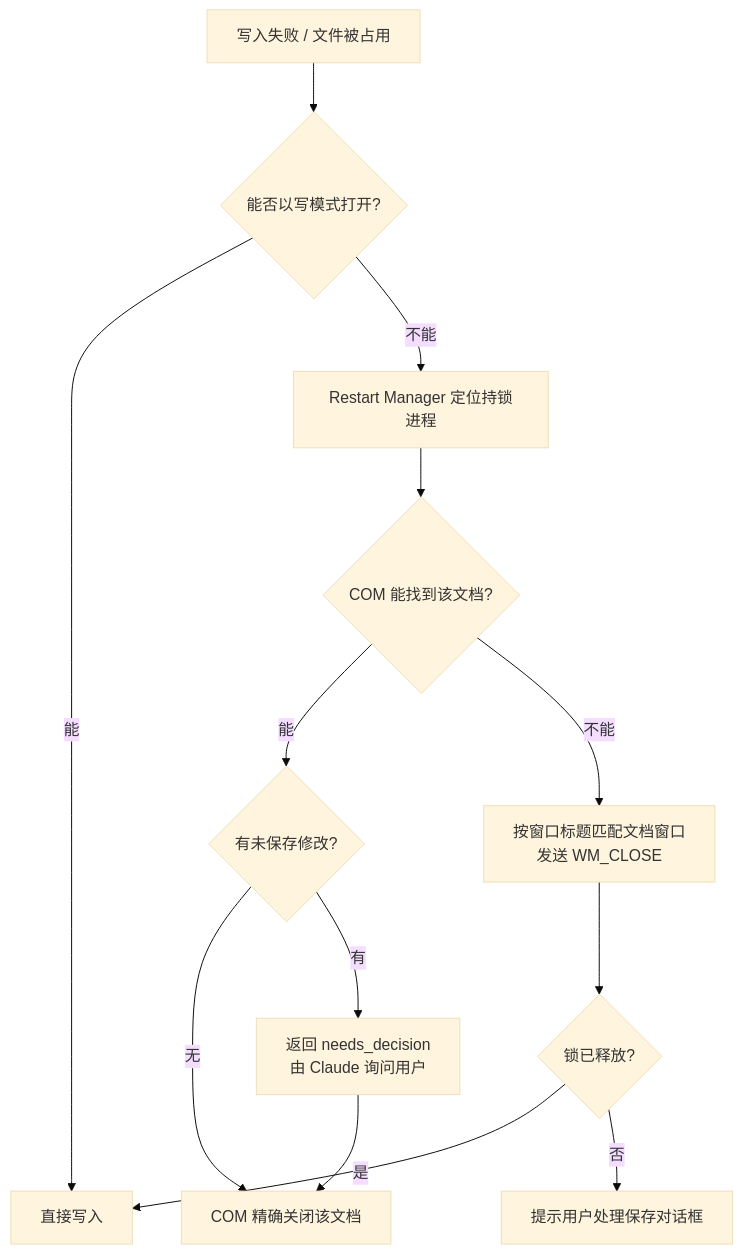
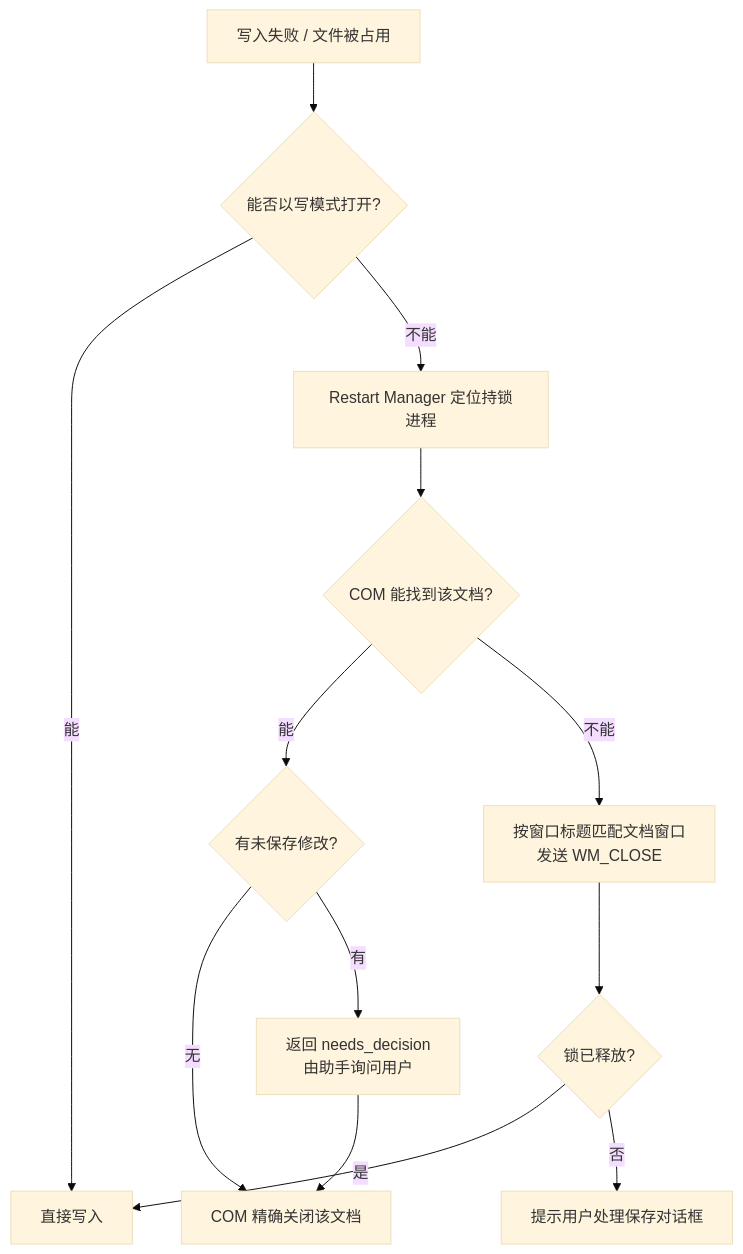
Before and after one commit to xiaohudasb/unlock-file: the diagram in README.md, drawn with Mermaid (base theme). The commit also changed other lines of this file and 3 other files, not shown here.

````diff
--- a/README.md
+++ b/README.md
@@ -31,15 +33,15 @@
 ```mermaid
 flowchart TD
     A[写入失败 / 文件被占用] --> B{能否以写模式打开?}
     B -- 能 --> Z[直接写入]
     B -- 不能 --> C[Restart Manager 定位持锁进程]
     C --> D{COM 能找到该文档?}
     D -- 能 --> E{有未保存修改?}
     E -- 无 --> F[COM 精确关闭该文档]
-    E -- 有 --> G[返回 needs_decision<br/>由 Claude 询问用户]
+    E -- 有 --> G[返回 needs_decision<br/>由助手询问用户]
     D -- 不能 --> H[按窗口标题匹配文档窗口<br/>发送 WM_CLOSE]
     H --> I{锁已释放?}
     I -- 是 --> Z
     I -- 否 --> J[提示用户处理保存对话框]
     G --> F
 ```
````
